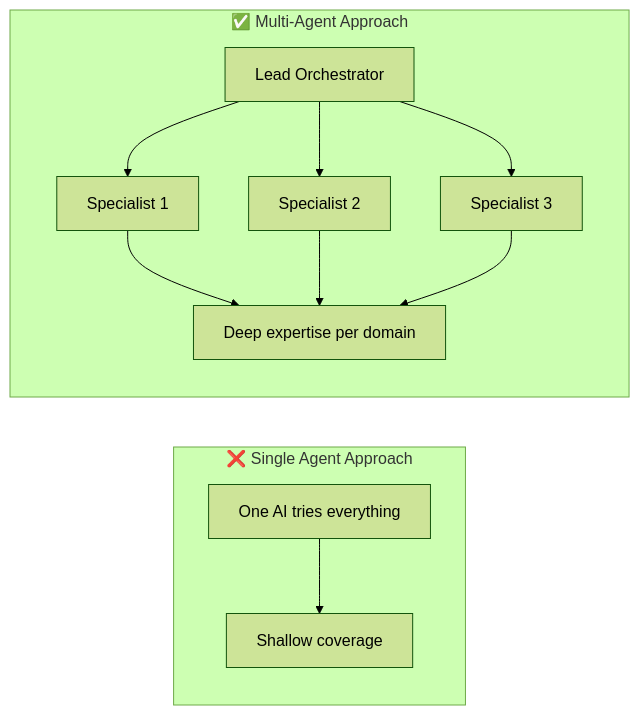
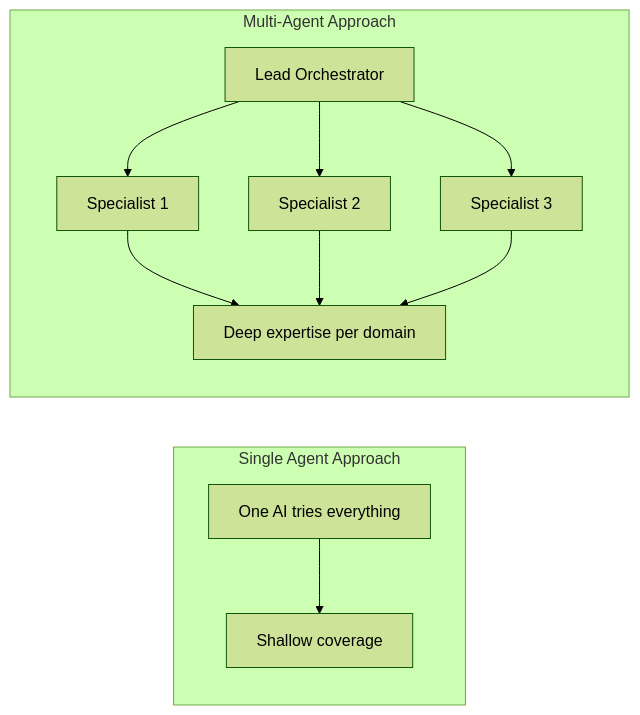
One commit to MikahNiehaus/ClaudeMemory changed the second of 9 diagrams in README.md. Above: the diagram before and after it, drawn with Mermaid (forest theme). The commit also changed other lines of this file and 1 other file, not shown here.

````diff
--- a/README.md
+++ b/README.md
@@ -57,15 +68,15 @@
 ```mermaid
 flowchart LR
-    subgraph Single["❌ Single Agent Approach"]
+    subgraph Single["Single Agent Approach"]
         One[One AI tries everything] --> Shallow[Shallow coverage]
     end
 
-    subgraph Multi["✅ Multi-Agent Approach"]
+    subgraph Multi["Multi-Agent Approach"]
         Lead[Lead Orchestrator] --> S1[Specialist 1]
         Lead --> S2[Specialist 2]
         Lead --> S3[Specialist 3]
         S1 --> Deep[Deep expertise per domain]
         S2 --> Deep
         S3 --> Deep
     end
 ```
````
